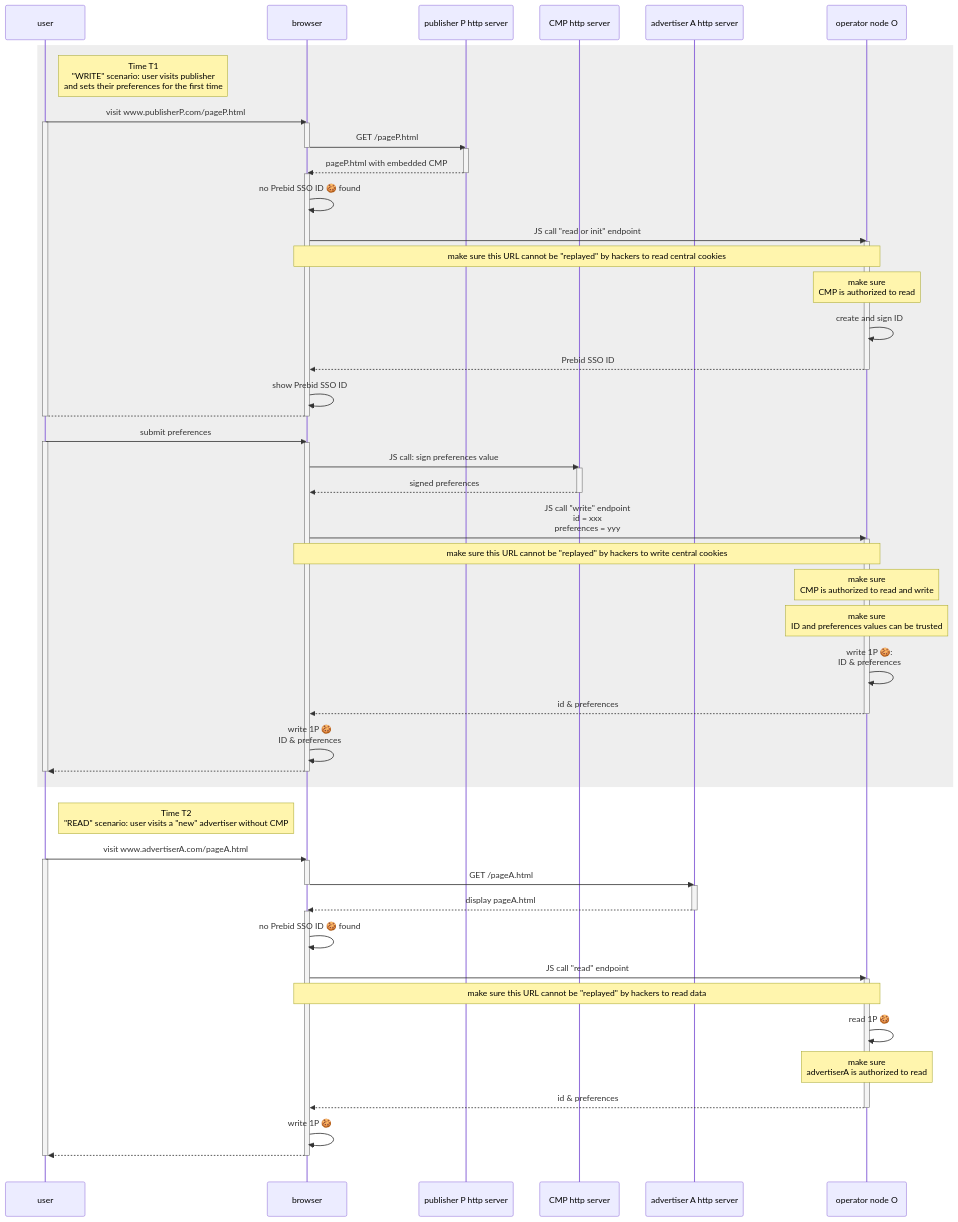
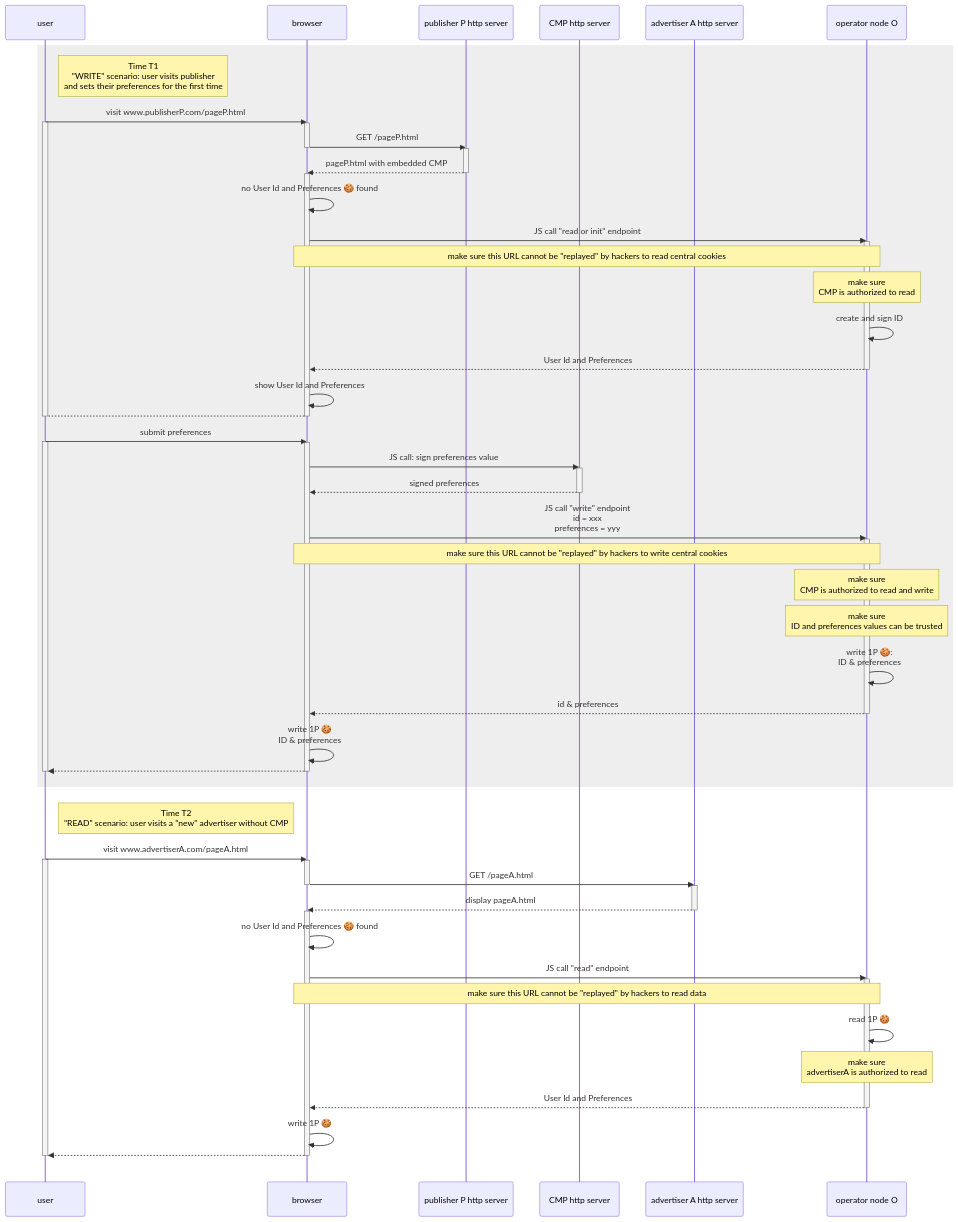
One commit to OneKey-Network/addressability-framework changed the first of 2 diagrams in mvp-spec/operator-requirements.md. Above: the diagram before and after it, drawn with Mermaid. The commit also changed other lines of this file, not shown here.

```diff
--- a/mvp-spec/operator-requirements.md
+++ b/mvp-spec/operator-requirements.md
@@ -76,17 +76,17 @@
         deactivate P
 
         activate B
-            B ->> B: no Prebid SSO ID 🍪 found
+            B ->> B: no User Id and Preferences 🍪 found
             B ->> O: JS call "read or init" endpoint
 
             activate O
                 note over B,O: make sure this URL cannot be "replayed" by hackers to read central cookies
                 note over O: make sure<br/>CMP is authorized to read
                 O ->> O: create and sign ID
-                O -->> B: Prebid SSO ID
+                O -->> B: User Id and Preferences
             deactivate O
 
-            B ->> B: show Prebid SSO ID
+            B ->> B: show User Id and Preferences
 
             B --> U: 
         deactivate B
@@ -138,14 +138,14 @@
 
         activate B
 
-            B ->> B: no Prebid SSO ID 🍪 found
+            B ->> B: no User Id and Preferences 🍪 found
             B ->> O: JS call "read" endpoint
 
             activate O
                 note over B,O: make sure this URL cannot be "replayed" by hackers to read data
                 O ->> O: read 1P 🍪
                 note over O: make sure<br/>advertiserA is authorized to read
-                O -->> B: id & preferences
+                O -->> B: User Id and Preferences
             deactivate O
 
             B ->> B: write 1P 🍪
```
